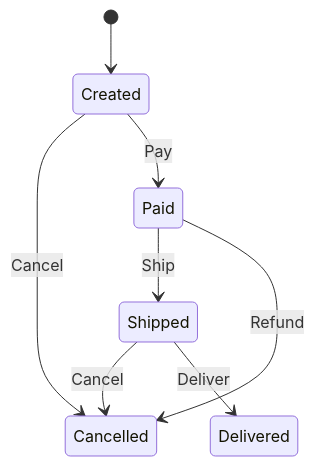
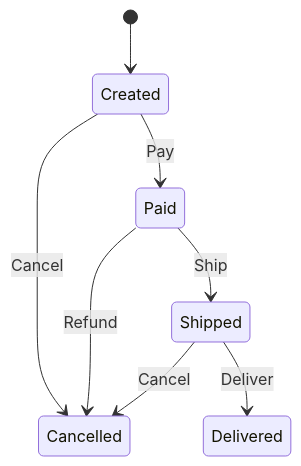
Before and after one commit to kookyleo/yasm: the diagram in docs/order_state_machine.mermaid, drawn with Mermaid. The commit also changed other lines of this file and 8 other files, not shown here.

```diff
--- a/docs/order_state_machine.mermaid
+++ b/docs/order_state_machine.mermaid
@@ -1,8 +1,8 @@
 stateDiagram-v2
     [*] --> Created
     Shipped --> Cancelled : Cancel
+    Created --> Cancelled : Cancel
+    Paid --> Cancelled : Refund
+    Created --> Paid : Pay
     Paid --> Shipped : Ship
-    Created --> Cancelled : Cancel
-    Created --> Paid : Pay
-    Paid --> Cancelled : Refund
     Shipped --> Delivered : Deliver
```
